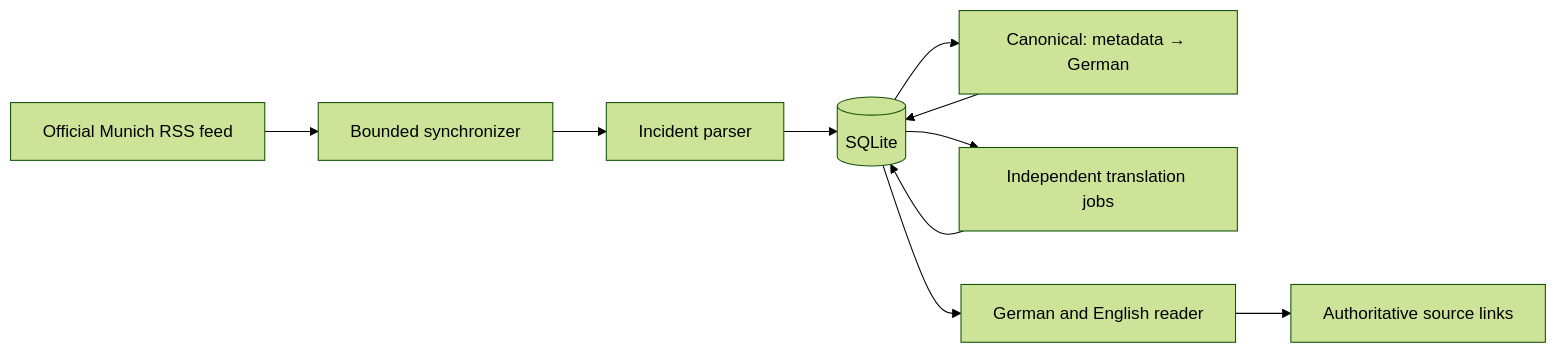
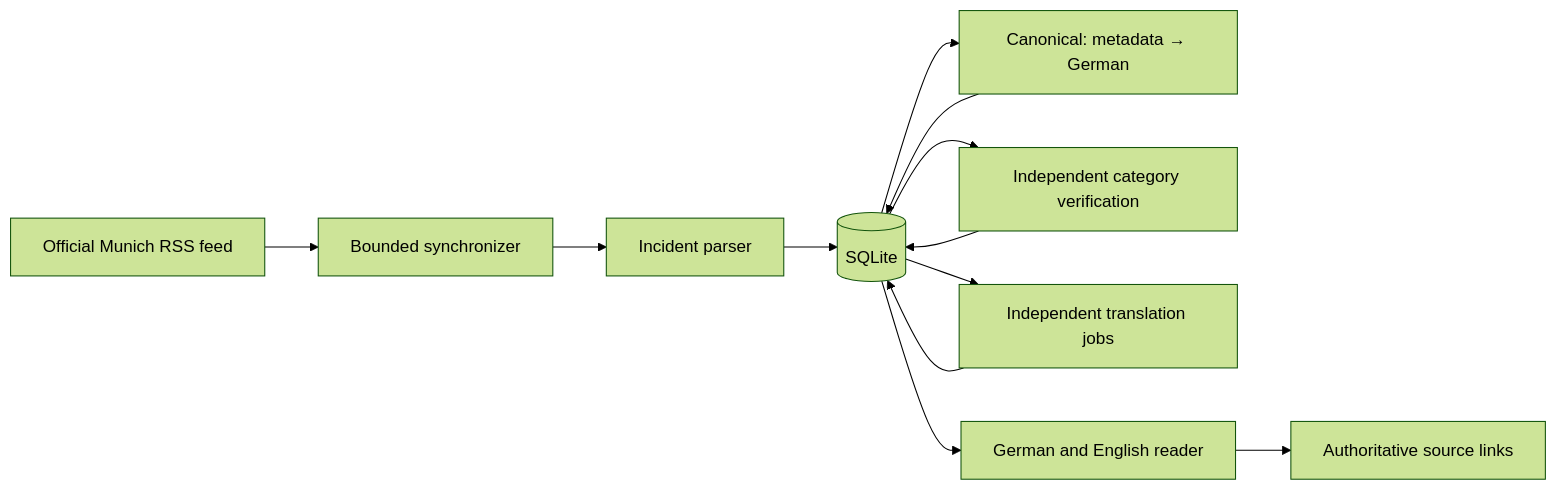
The diagram in README.md (egekocabas/munichbrief), drawn with Mermaid (forest theme) before and after one commit. The commit also changed other lines of this file and 44 other files, not shown here.

Commit message:
feat(ai): add independent category verification (#34)

````diff
--- a/README.md
+++ b/README.md
@@ -67,12 +67,14 @@
 ```mermaid
 flowchart LR
     RSS["Official Munich RSS feed"] --> Sync["Bounded synchronizer"]
     Sync --> Parser["Incident parser"]
     Parser --> DB[("SQLite")]
-	DB --> Pipeline["Canonical: metadata → German"]
+    DB --> Pipeline["Canonical: metadata → German"]
     Pipeline --> DB
-	DB --> Translation["Independent translation jobs"]
-	Translation --> DB
+    DB --> Category["Independent category verification"]
+    Category --> DB
+    DB --> Translation["Independent translation jobs"]
+    Translation --> DB
     DB --> Reader["German and English reader"]
     Reader --> Source["Authoritative source links"]
 ```
````
